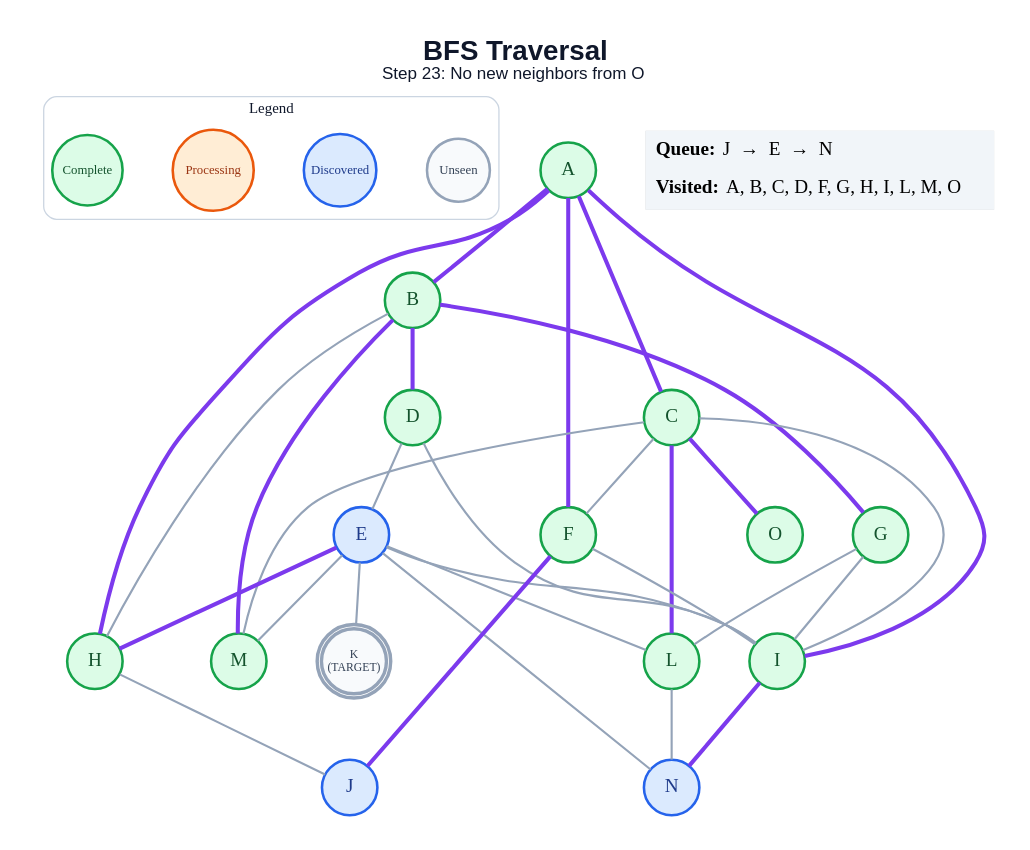
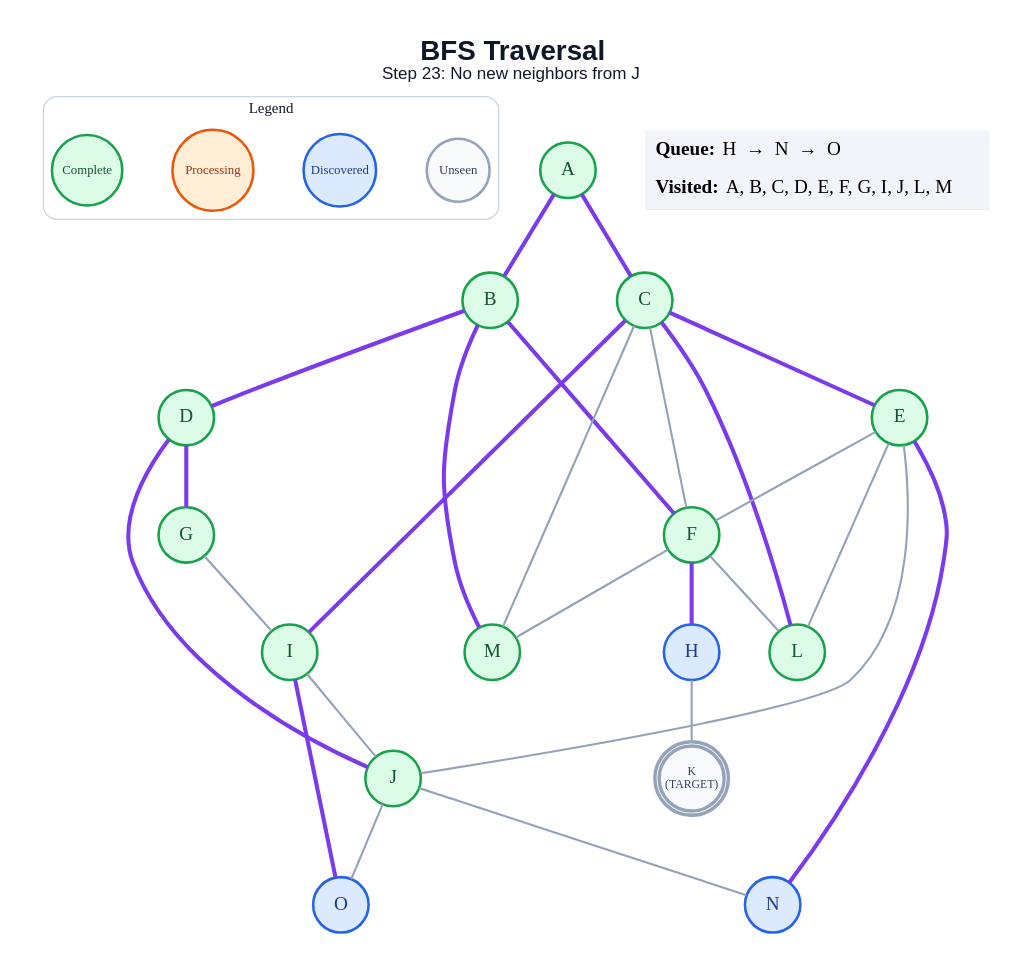
Before and after one commit to anon7238593-create/ai-slop: the diagram in generated/specific-node/bfs/step_23.dot, drawn with Graphviz. The commit also changed 361 other files, not shown here.

```diff
--- a/generated/specific-node/bfs/step_23.dot
+++ b/generated/specific-node/bfs/step_23.dot
@@ -1,63 +1,59 @@
 graph traversal {
   graph [layout=dot, rankdir=TB, bgcolor="#FFFFFF", pad="0.35", nodesep="0.65", ranksep="0.8", fontname="Arial"];
   node [shape=circle, style="filled", fontname="Arial Bold", fontsize=18, width=0.72, fixedsize=true, penwidth=2.4];
   edge [color="#94A3B8", penwidth=2.0];
-  label=<<B>BFS Traversal</B><BR/><FONT POINT-SIZE="16">Step 23: No new neighbors from O</FONT>>; labelloc="t"; fontsize=26; fontname="Arial"; fontcolor="#0F172A";
+  label=<<B>BFS Traversal</B><BR/><FONT POINT-SIZE="16">Step 23: No new neighbors from J</FONT>>; labelloc="t"; fontsize=26; fontname="Arial"; fontcolor="#0F172A";
   subgraph cluster_legend { label="Legend"; color="#CBD5E1"; penwidth=1.2; style="rounded"; fontsize=14; fontname="Arial Bold";
     key_unseen [label="Unseen", fillcolor="#F8FAFC", color="#94A3B8", fontcolor="#334155", fontsize=12, width=0.82];
     key_frontier [label="Discovered", fillcolor="#DBEAFE", color="#2563EB", fontcolor="#1E3A8A", fontsize=12, width=0.95];
     key_current [label="Processing", fillcolor="#FFEDD5", color="#EA580C", fontcolor="#9A3412", fontsize=12, width=1.05];
     key_done [label="Complete", fillcolor="#DCFCE7", color="#16A34A", fontcolor="#14532D", fontsize=12, width=0.92];
     { rank=same; key_unseen; key_frontier; key_current; key_done; }
   }
   A [label="A", fillcolor="#DCFCE7", color="#16A34A", fontcolor="#14532D", peripheries=1, penwidth=2.4];
   B [label="B", fillcolor="#DCFCE7", color="#16A34A", fontcolor="#14532D", peripheries=1, penwidth=2.4];
   C [label="C", fillcolor="#DCFCE7", color="#16A34A", fontcolor="#14532D", peripheries=1, penwidth=2.4];
   D [label="D", fillcolor="#DCFCE7", color="#16A34A", fontcolor="#14532D", peripheries=1, penwidth=2.4];
-  E [label="E", fillcolor="#DBEAFE", color="#2563EB", fontcolor="#1E3A8A", peripheries=1, penwidth=2.4];
+  E [label="E", fillcolor="#DCFCE7", color="#16A34A", fontcolor="#14532D", peripheries=1, penwidth=2.4];
   F [label="F", fillcolor="#DCFCE7", color="#16A34A", fontcolor="#14532D", peripheries=1, penwidth=2.4];
   G [label="G", fillcolor="#DCFCE7", color="#16A34A", fontcolor="#14532D", peripheries=1, penwidth=2.4];
-  H [label="H", fillcolor="#DCFCE7", color="#16A34A", fontcolor="#14532D", peripheries=1, penwidth=2.4];
+  H [label="H", fillcolor="#DBEAFE", color="#2563EB", fontcolor="#1E3A8A", peripheries=1, penwidth=2.4];
   I [label="I", fillcolor="#DCFCE7", color="#16A34A", fontcolor="#14532D", peripheries=1, penwidth=2.4];
-  J [label="J", fillcolor="#DBEAFE", color="#2563EB", fontcolor="#1E3A8A", peripheries=1, penwidth=2.4];
+  J [label="J", fillcolor="#DCFCE7", color="#16A34A", fontcolor="#14532D", peripheries=1, penwidth=2.4];
   K [label="K\n(TARGET)", fillcolor="#F8FAFC", color="#94A3B8", fontcolor="#334155", peripheries=2, penwidth=3.2, fontsize=11, width=0.85, height=0.85];
   L [label="L", fillcolor="#DCFCE7", color="#16A34A", fontcolor="#14532D", peripheries=1, penwidth=2.4];
   M [label="M", fillcolor="#DCFCE7", color="#16A34A", fontcolor="#14532D", peripheries=1, penwidth=2.4];
   N [label="N", fillcolor="#DBEAFE", color="#2563EB", fontcolor="#1E3A8A", peripheries=1, penwidth=2.4];
-  O [label="O", fillcolor="#DCFCE7", color="#16A34A", fontcolor="#14532D", peripheries=1, penwidth=2.4];
+  O [label="O", fillcolor="#DBEAFE", color="#2563EB", fontcolor="#1E3A8A", peripheries=1, penwidth=2.4];
   A -- B [color="#7C3AED", penwidth=3.8];
   A -- C [color="#7C3AED", penwidth=3.8];
-  A -- F [color="#7C3AED", penwidth=3.8];
-  A -- H [color="#7C3AED", penwidth=3.8];
-  A -- I [color="#7C3AED", penwidth=3.8];
   B -- D [color="#7C3AED", penwidth=3.8];
-  B -- G [color="#7C3AED", penwidth=3.8];
-  B -- H;
+  B -- F [color="#7C3AED", penwidth=3.8];
   B -- M [color="#7C3AED", penwidth=3.8];
+  C -- E [color="#7C3AED", penwidth=3.8];
   C -- F;
-  C -- I;
+  C -- I [color="#7C3AED", penwidth=3.8];
   C -- L [color="#7C3AED", penwidth=3.8];
   C -- M;
-  C -- O [color="#7C3AED", penwidth=3.8];
-  D -- E;
-  D -- I;
-  E -- H [color="#7C3AED", penwidth=3.8];
-  E -- I;
-  E -- K;
+  D -- G [color="#7C3AED", penwidth=3.8];
+  D -- J [color="#7C3AED", penwidth=3.8];
+  E -- F;
+  E -- J;
   E -- L;
-  E -- M;
-  E -- N;
-  F -- I;
-  F -- J [color="#7C3AED", penwidth=3.8];
+  E -- N [color="#7C3AED", penwidth=3.8];
+  F -- H [color="#7C3AED", penwidth=3.8];
+  F -- L;
+  F -- M;
   G -- I;
-  G -- L;
-  H -- J;
-  I -- N [color="#7C3AED", penwidth=3.8];
-  L -- N;
+  H -- K;
+  I -- J;
+  I -- O [color="#7C3AED", penwidth=3.8];
+  J -- N;
+  J -- O;
   status [shape=plain, fixedsize=false, width=0, height=0, margin=0, label=<
     <TABLE BORDER="0" CELLBORDER="0" CELLPADDING="7" BGCOLOR="#F1F5F9">
-      <TR><TD ALIGN="LEFT"><B>Queue:</B> J  →  E  →  N</TD></TR>
-      <TR><TD ALIGN="LEFT"><B>Visited:</B> A, B, C, D, F, G, H, I, L, M, O</TD></TR>
+      <TR><TD ALIGN="LEFT"><B>Queue:</B> H  →  N  →  O</TD></TR>
+      <TR><TD ALIGN="LEFT"><B>Visited:</B> A, B, C, D, E, F, G, I, J, L, M</TD></TR>
     </TABLE>
   >];
 }
```
